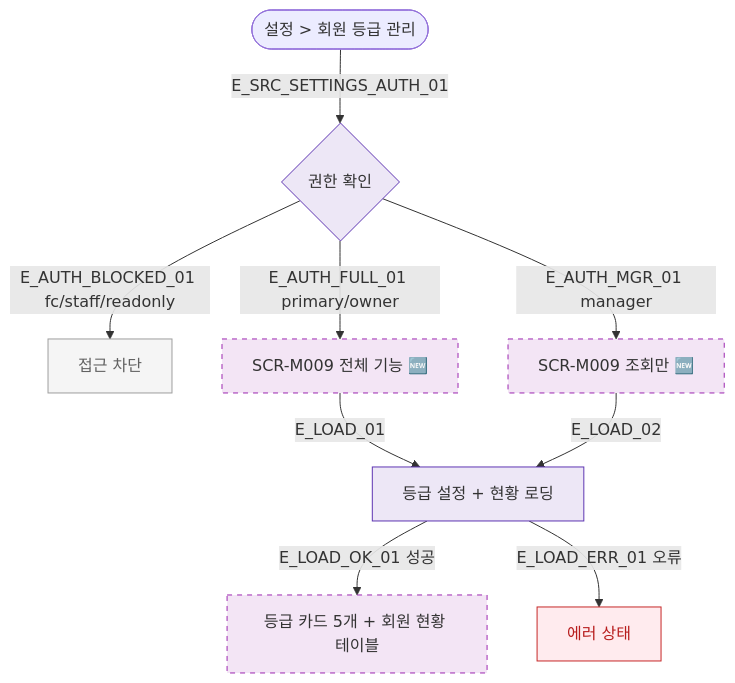
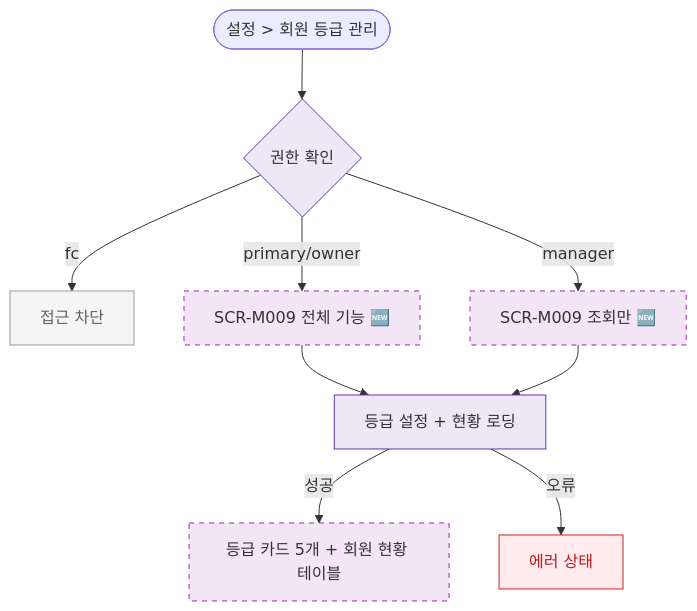
One commit to dev-spogym/admin-pando changed the diagram in docs/다이어그램/D02_회원관리/SCR-M009_등급관리/F1_진입.md. Above: the diagram before and after it, drawn with Mermaid. The commit also changed other lines of this file and 1660 other files, not shown here.

First line of the commit message:
다이어그램: 기획자/클라이언트 납품본으로 정리

````diff
--- a/docs/다이어그램/D02_회원관리/SCR-M009_등급관리/F1_진입.md
+++ b/docs/다이어그램/D02_회원관리/SCR-M009_등급관리/F1_진입.md
@@ -22,29 +20,29 @@
 ```mermaid
 flowchart TD
   SRC_SETTINGS([설정 > 회원 등급 관리])
 
   AUTH_CHECK{권한 확인}
 
-  SRC_SETTINGS -->|E_SRC_SETTINGS_AUTH_01| AUTH_CHECK
+  SRC_SETTINGS --> AUTH_CHECK
 
-  AUTH_CHECK -->|E_AUTH_BLOCKED_01 fc/staff/readonly| BLOCKED[접근 차단]
-  AUTH_CHECK -->|E_AUTH_MGR_01 manager| SCR_M009_VIEW[SCR-M009 조회만 🆕]
-  AUTH_CHECK -->|E_AUTH_FULL_01 primary/owner| SCR_M009_FULL[SCR-M009 전체 기능 🆕]
+  AUTH_CHECK -->|fc|BLOCKED[접근 차단]
+  AUTH_CHECK -->|manager|SCR_M009_VIEW[SCR-M009 조회만 🆕]
+  AUTH_CHECK -->|primary/owner|SCR_M009_FULL[SCR-M009 전체 기능 🆕]
 
-  SCR_M009_FULL -->|E_LOAD_01| LOAD[등급 설정 + 현황 로딩]
-  SCR_M009_VIEW -->|E_LOAD_02| LOAD
+  SCR_M009_FULL --> LOAD[등급 설정 + 현황 로딩]
+  SCR_M009_VIEW --> LOAD
 
-  LOAD -->|E_LOAD_OK_01 성공| UI_GRADES[등급 카드 5개 + 회원 현황 테이블]
-  LOAD -->|E_LOAD_ERR_01 오류| UI_ERR[에러 상태]
+  LOAD -->|성공|UI_GRADES[등급 카드 5개 + 회원 현황 테이블]
+  LOAD -->|오류|UI_ERR[에러 상태]
 
-  classDef screen     fill:#E3F2FD,stroke:#1976D2,color:#0D47A1
+  classDef screen fill:#E3F2FD,stroke:#1976D2,color:#0D47A1
   classDef newFeature fill:#F3E5F5,stroke:#9C27B0,stroke-dasharray:5 5
-  classDef error      fill:#FFEBEE,stroke:#C62828,color:#B71C1C
-  classDef system     fill:#EDE7F6,stroke:#5E35B2
+  classDef error fill:#FFEBEE,stroke:#C62828,color:#B71C1C
+  classDef system fill:#EDE7F6,stroke:#5E35B2
   classDef rbacBlocked fill:#F5F5F5,stroke:#9E9E9E,color:#616161
 
   class SCR_M009_FULL,SCR_M009_VIEW,UI_GRADES newFeature
   class BLOCKED rbacBlocked
   class UI_ERR error
   class AUTH_CHECK,LOAD system
 ```
````
